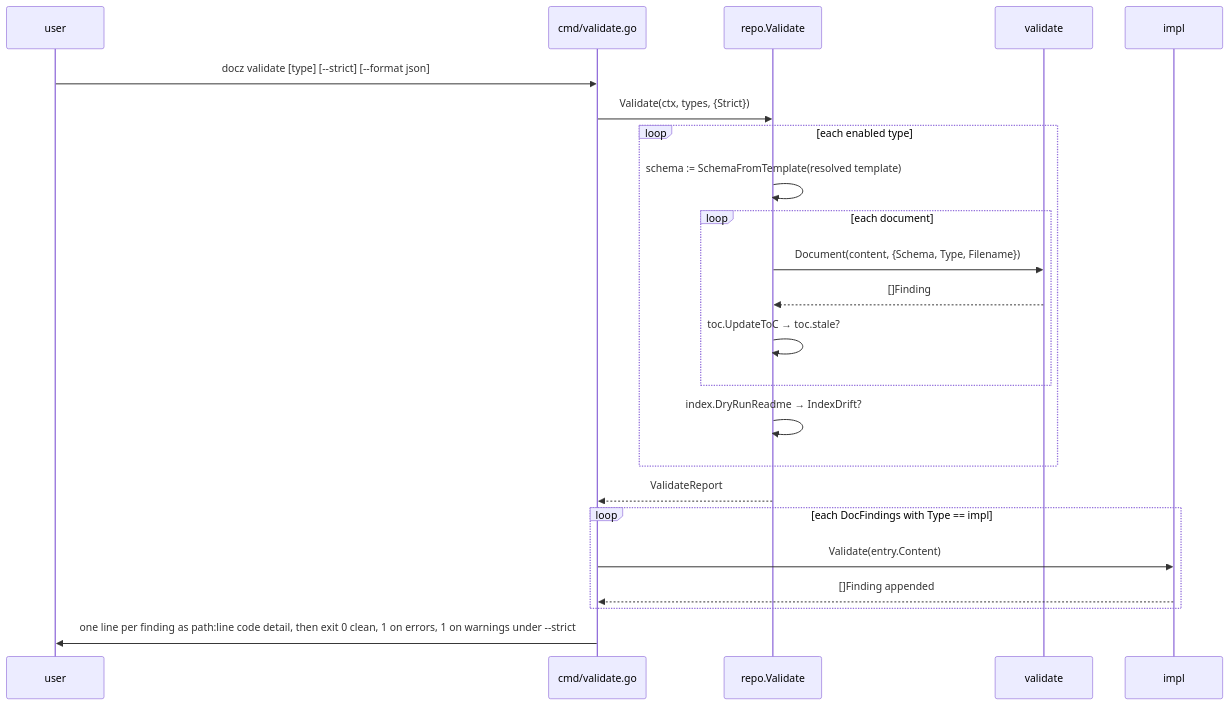
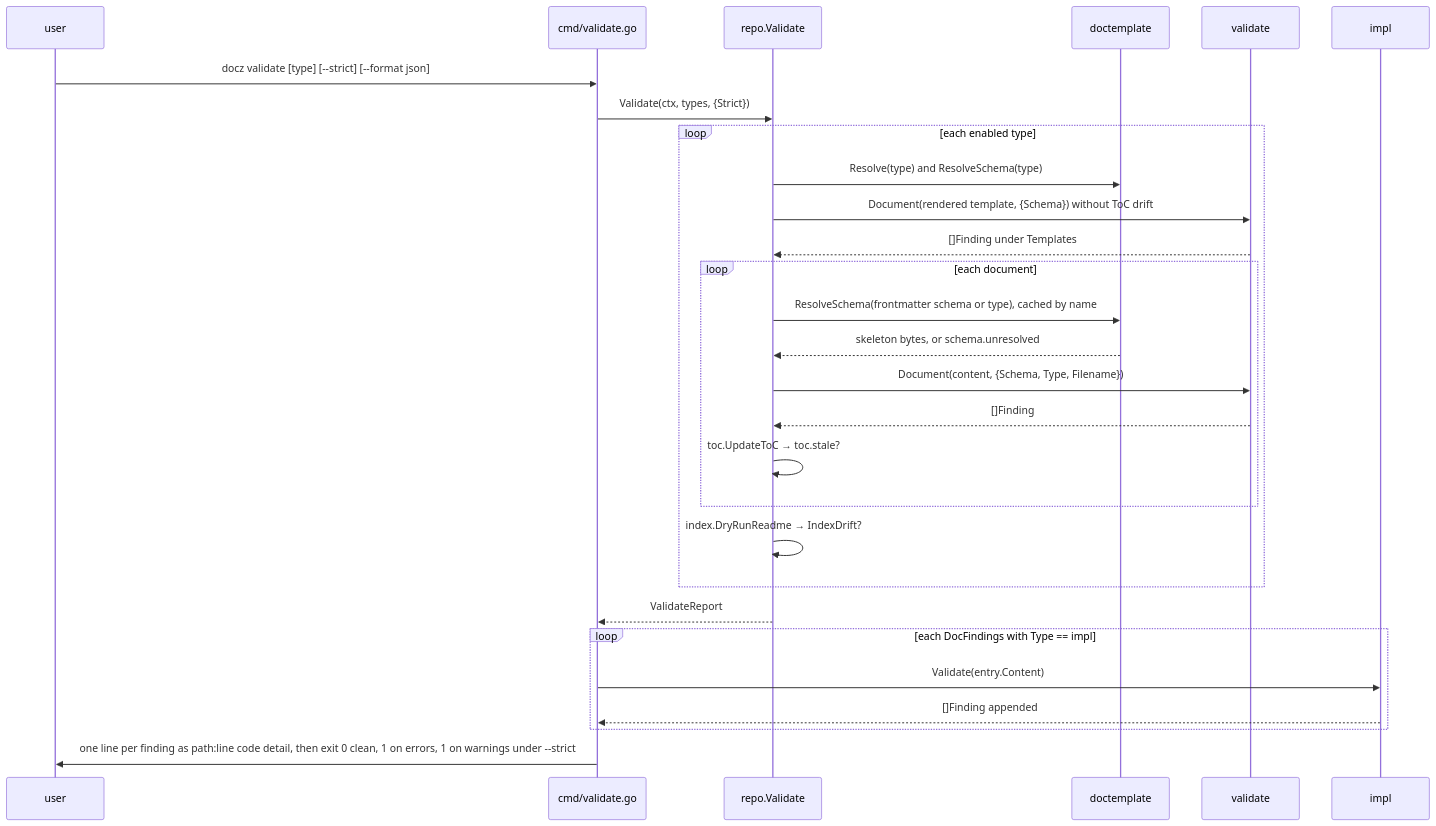
The third of 6 diagrams in docs/design/0015-structured-regions-and-docz-validate.md (donaldgifford/docz), drawn with Mermaid before and after one commit. The commit also changed other lines of this file and 1 other file, not shown here.

First line of the commit message:
docs(design): DESIGN-0015 OQ 1 — the schema is a marker skeleton the document names

````diff
--- a/docs/design/0015-structured-regions-and-docz-validate.md
+++ b/docs/design/0015-structured-regions-and-docz-validate.md
@@ -361,25 +480,30 @@
 ```mermaid
 sequenceDiagram
   participant U as user
   participant cmd as cmd/validate.go
   participant R as repo.Validate
+  participant T as doctemplate
   participant V as validate
   participant I as impl
   U->>cmd: docz validate [type] [--strict] [--format json]
   cmd->>R: Validate(ctx, types, {Strict})
   loop each enabled type
-    R->>R: schema := SchemaFromTemplate(resolved template)
+    R->>T: Resolve(type) and ResolveSchema(type)
+    R->>V: Document(rendered template, {Schema}) without ToC drift
+    V-->>R: []Finding under Templates
     loop each document
+      R->>T: ResolveSchema(frontmatter schema or type), cached by name
+      T-->>R: skeleton bytes, or schema.unresolved
       R->>V: Document(content, {Schema, Type, Filename})
       V-->>R: []Finding
       R->>R: toc.UpdateToC → toc.stale?
     end
     R->>R: index.DryRunReadme → IndexDrift?
   end
   R-->>cmd: ValidateReport
   loop each DocFindings with Type == impl
     cmd->>I: Validate(entry.Content)
     I-->>cmd: []Finding appended
   end
   cmd->>U: one line per finding as path:line code detail, then exit 0 clean, 1 on errors, 1 on warnings under --strict
 ```
````
